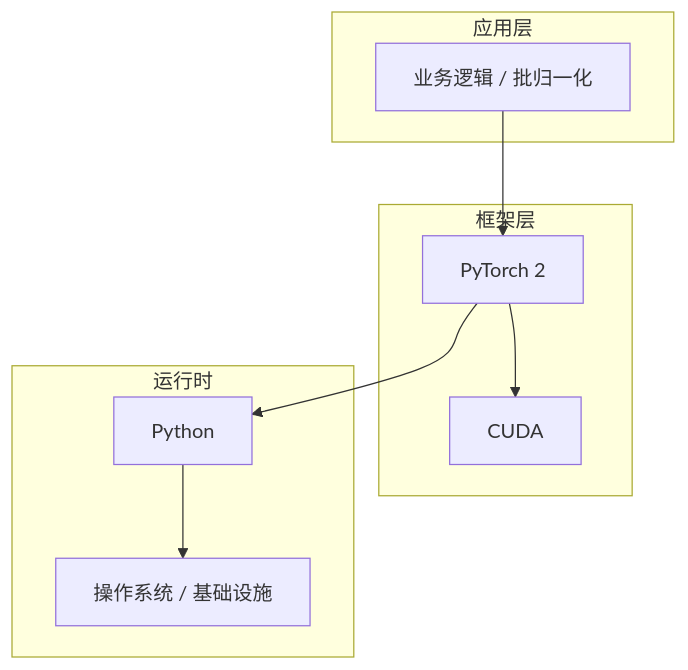
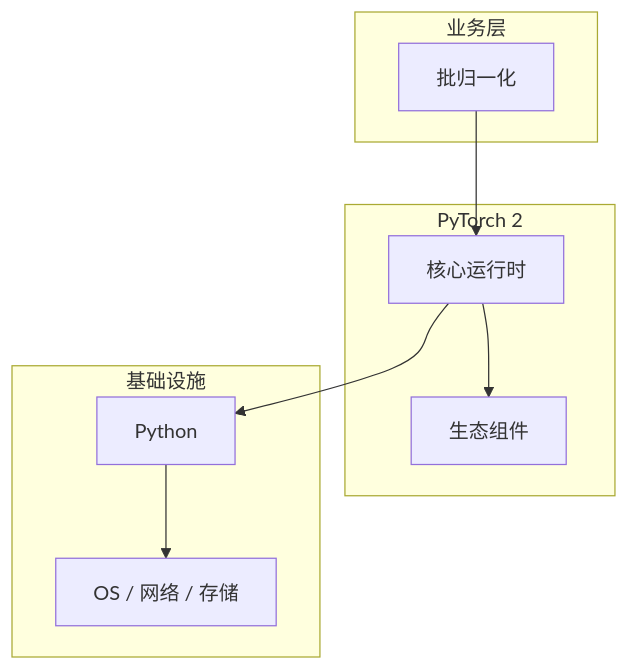
Before and after one commit to yanggan2015/knowledge-json-v2: the diagram in articles/深度学习/chapters/096-批归一化核心概念与原理.md, drawn with Mermaid. The commit also changed other lines of this file and 10127 other files, not shown here.

````diff
--- a/articles/深度学习/chapters/096-批归一化核心概念与原理.md
+++ b/articles/深度学习/chapters/096-批归一化核心概念与原理.md
@@ -45,18 +30,18 @@
 ```mermaid
 graph TB
-    subgraph 应用层
-        A[业务逻辑 / 批归一化]
+    subgraph 业务层
+        A[批归一化]
     end
-    subgraph 框架层
-        B[PyTorch 2]
-        C[CUDA]
+    subgraph PyTorch 2
+        B[核心运行时]
+        C[生态组件]
     end
-    subgraph 运行时
+    subgraph 基础设施
         D[Python]
-        E[操作系统 / 基础设施]
+        E[OS / 网络 / 存储]
     end
     A --> B
     B --> C
     B --> D
     D --> E
 ```
````
